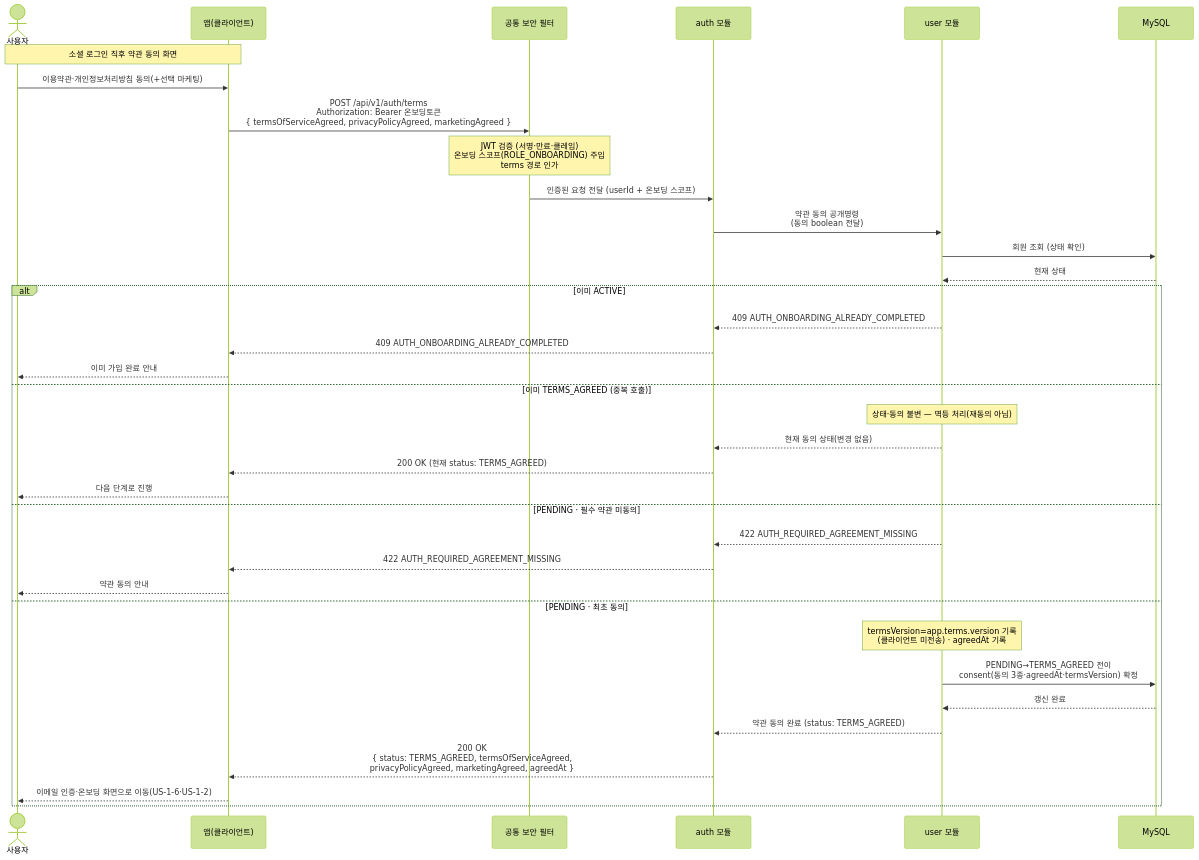
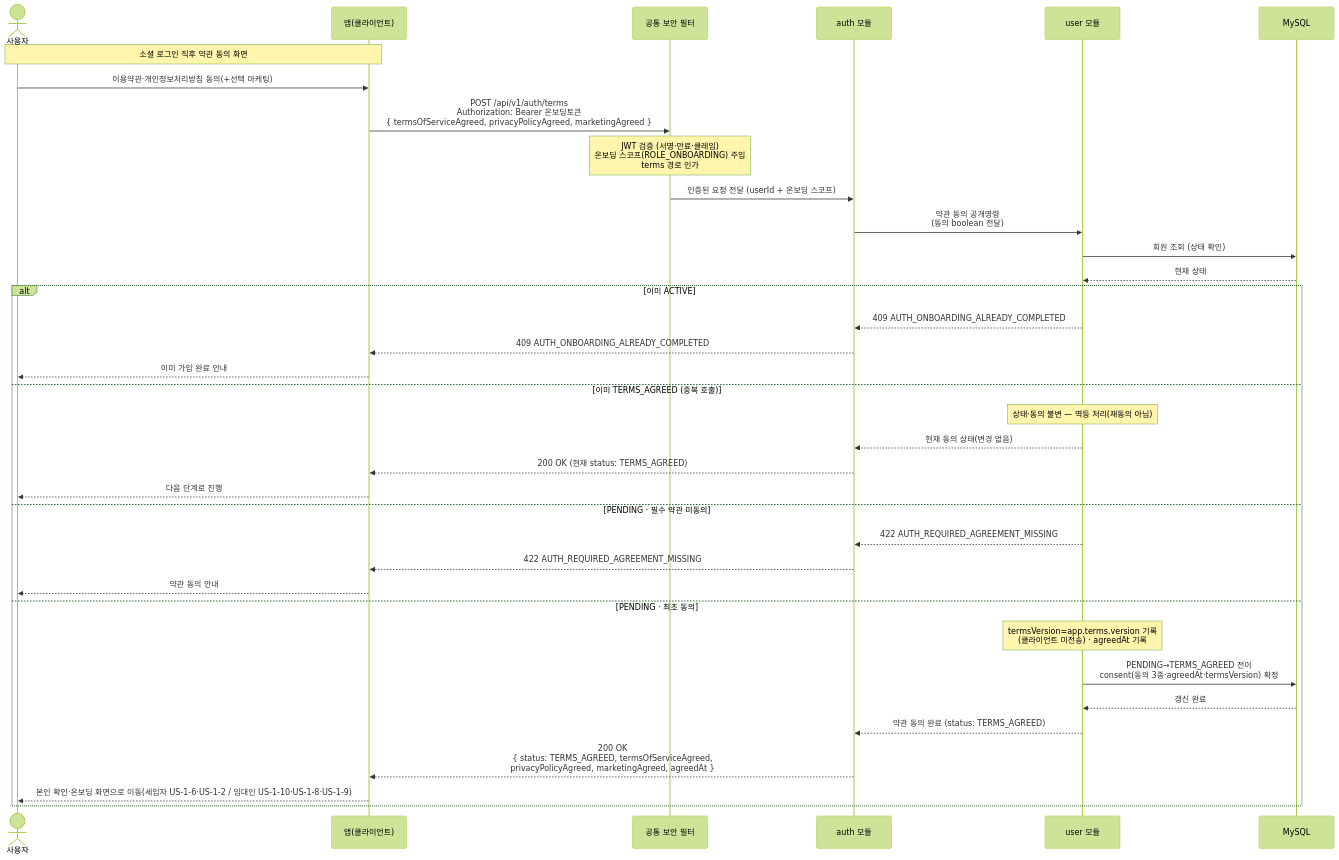
One commit to jameskim9509/Kohere-backend changed the diagram in docs/architecture/sequence-diagrams/01-auth-onboarding/us-1-7-terms-agreement.md. Above: the diagram before and after it, drawn with Mermaid (forest theme). The commit also changed other lines of this file and 6 other files, not shown here.

First line of the commit message:
docs(auth): 임대인 온보딩 시퀀스 다이어그램 추가·갱신

````diff
--- a/docs/architecture/sequence-diagrams/01-auth-onboarding/us-1-7-terms-agreement.md
+++ b/docs/architecture/sequence-diagrams/01-auth-onboarding/us-1-7-terms-agreement.md
@@ -7,39 +7,39 @@
 ```mermaid
 sequenceDiagram
     actor U as 사용자
     participant C as 앱(클라이언트)
     participant SEC as 공통 보안 필터
     participant AUTH as auth 모듈
     participant USER as user 모듈
     participant SQL as MySQL
 
     Note over U,C: 소셜 로그인 직후 약관 동의 화면
     U->>C: 이용약관·개인정보처리방침 동의(+선택 마케팅)
     C->>SEC: POST /api/v1/auth/terms<br/>Authorization: Bearer 온보딩토큰<br/>{ termsOfServiceAgreed, privacyPolicyAgreed, marketingAgreed }
     Note over SEC: JWT 검증 (서명·만료·클레임)<br/>온보딩 스코프(ROLE_ONBOARDING) 주입<br/>terms 경로 인가
     SEC->>AUTH: 인증된 요청 전달 (userId + 온보딩 스코프)
     AUTH->>USER: 약관 동의 공개명령<br/>(동의 boolean 전달)
     USER->>SQL: 회원 조회 (상태 확인)
     SQL-->>USER: 현재 상태
     alt 이미 ACTIVE
         USER-->>AUTH: 409 AUTH_ONBOARDING_ALREADY_COMPLETED
         AUTH-->>C: 409 AUTH_ONBOARDING_ALREADY_COMPLETED
         C-->>U: 이미 가입 완료 안내
     else 이미 TERMS_AGREED (중복 호출)
         Note over USER: 상태·동의 불변 — 멱등 처리(재동의 아님)
         USER-->>AUTH: 현재 동의 상태(변경 없음)
         AUTH-->>C: 200 OK (현재 status: TERMS_AGREED)
         C-->>U: 다음 단계로 진행
     else PENDING · 필수 약관 미동의
         USER-->>AUTH: 422 AUTH_REQUIRED_AGREEMENT_MISSING
         AUTH-->>C: 422 AUTH_REQUIRED_AGREEMENT_MISSING
         C-->>U: 약관 동의 안내
     else PENDING · 최초 동의
         Note over USER: termsVersion=app.terms.version 기록<br/>(클라이언트 미전송) · agreedAt 기록
         USER->>SQL: PENDING→TERMS_AGREED 전이<br/>consent(동의 3종·agreedAt·termsVersion) 확정
         SQL-->>USER: 갱신 완료
         USER-->>AUTH: 약관 동의 완료 (status: TERMS_AGREED)
         AUTH-->>C: 200 OK<br/>{ status: TERMS_AGREED, termsOfServiceAgreed,<br/>privacyPolicyAgreed, marketingAgreed, agreedAt }
-        C-->>U: 이메일 인증·온보딩 화면으로 이동(US-1-6·US-1-2)
+        C-->>U: 본인 확인·온보딩 화면으로 이동(세입자 US-1-6·US-1-2 / 임대인 US-1-10·US-1-8·US-1-9)
     end
 ```
````
